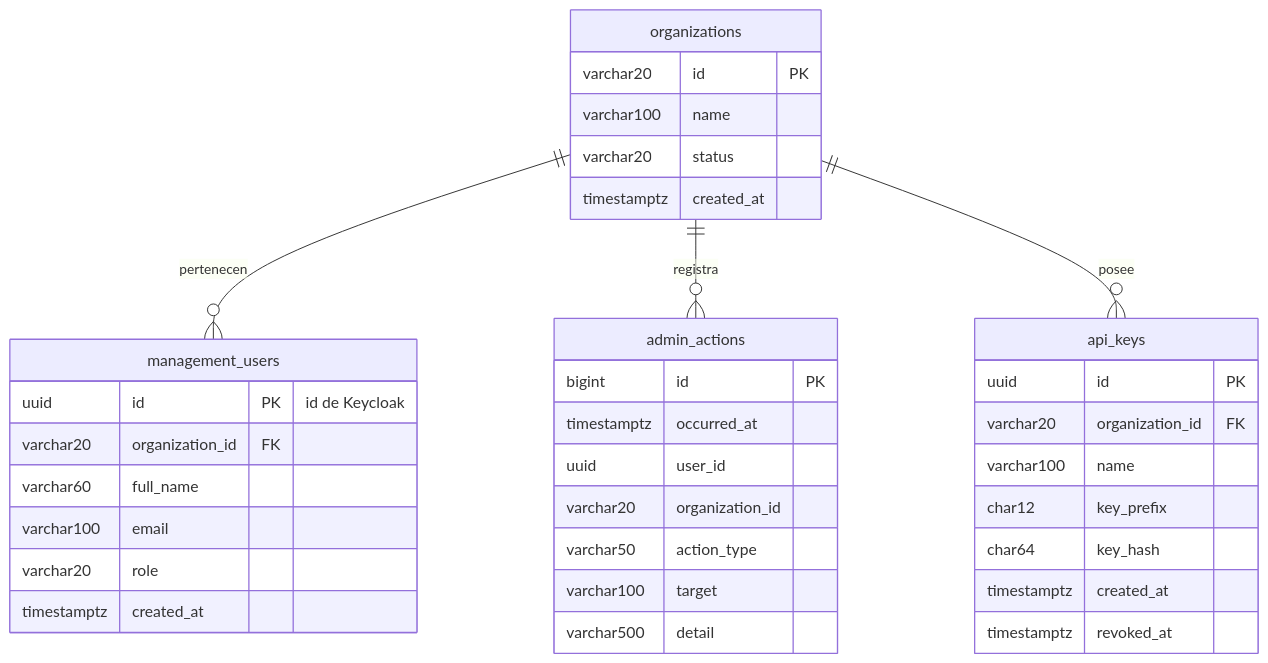
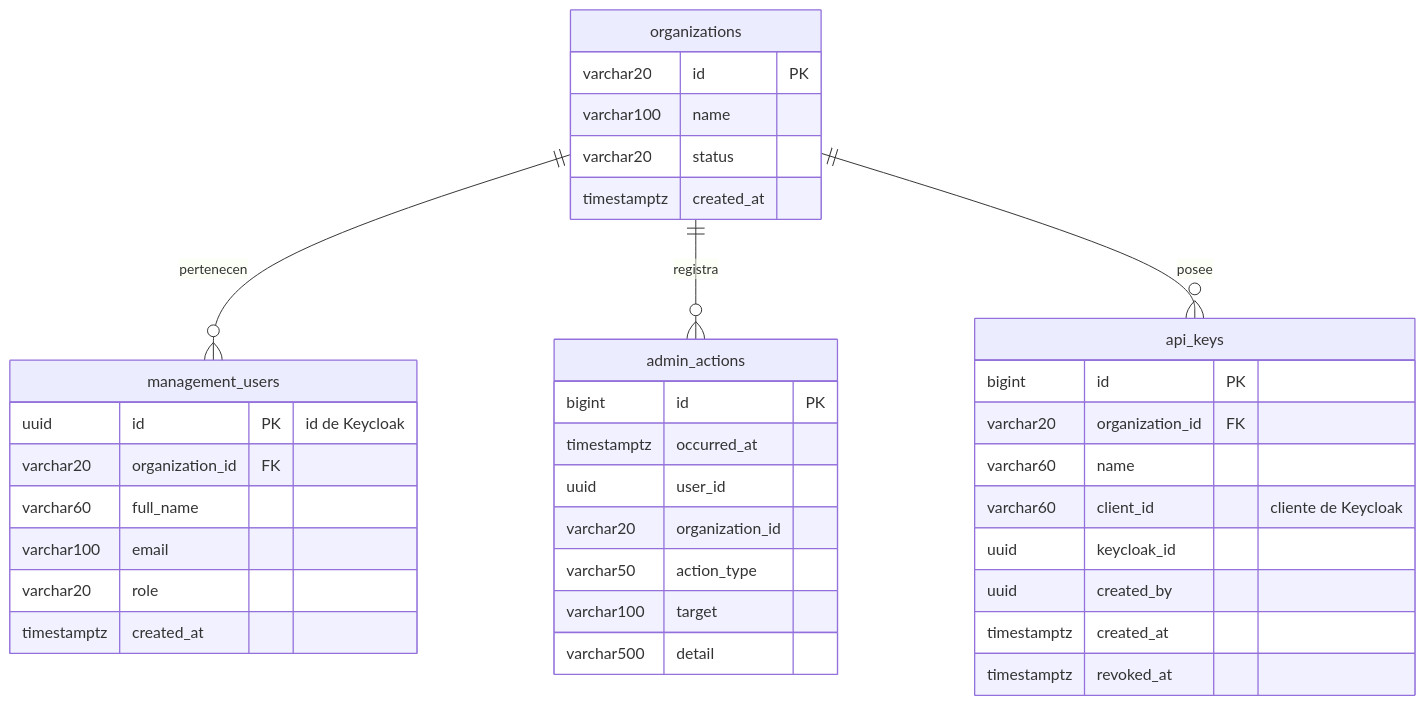
One commit to saulrampa-ual/saas-digital-voting changed the first of 4 diagrams in docs/architecture/data-model.md. Above: the diagram before and after it, drawn with Mermaid. The commit also changed other lines of this file and 41 other files, not shown here.

````diff
--- a/docs/architecture/data-model.md
+++ b/docs/architecture/data-model.md
@@ -20,38 +20,39 @@
 ```mermaid
 erDiagram
     organizations ||--o{ management_users : "pertenecen"
     organizations ||--o{ admin_actions : "registra"
     organizations ||--o{ api_keys : "posee"
     organizations {
         varchar20 id PK
         varchar100 name
         varchar20 status
         timestamptz created_at
     }
     management_users {
         uuid id PK "id de Keycloak"
         varchar20 organization_id FK
         varchar60 full_name
         varchar100 email
         varchar20 role
         timestamptz created_at
     }
     admin_actions {
         bigint id PK
         timestamptz occurred_at
         uuid user_id
         varchar20 organization_id
         varchar50 action_type
         varchar100 target
         varchar500 detail
     }
     api_keys {
-        uuid id PK
+        bigint id PK
         varchar20 organization_id FK
-        varchar100 name
-        char12 key_prefix
-        char64 key_hash
+        varchar60 name
+        varchar60 client_id "cliente de Keycloak"
+        uuid keycloak_id
+        uuid created_by
         timestamptz created_at
         timestamptz revoked_at
     }
 ```
````
